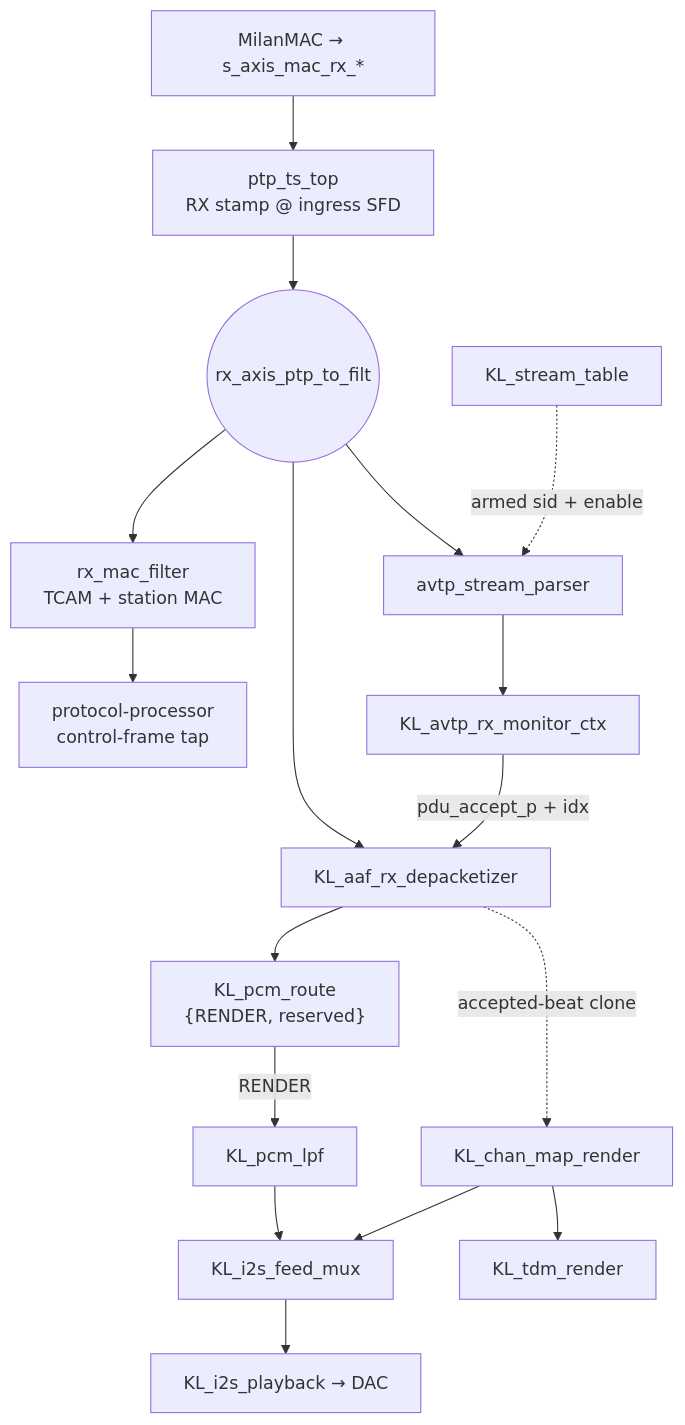
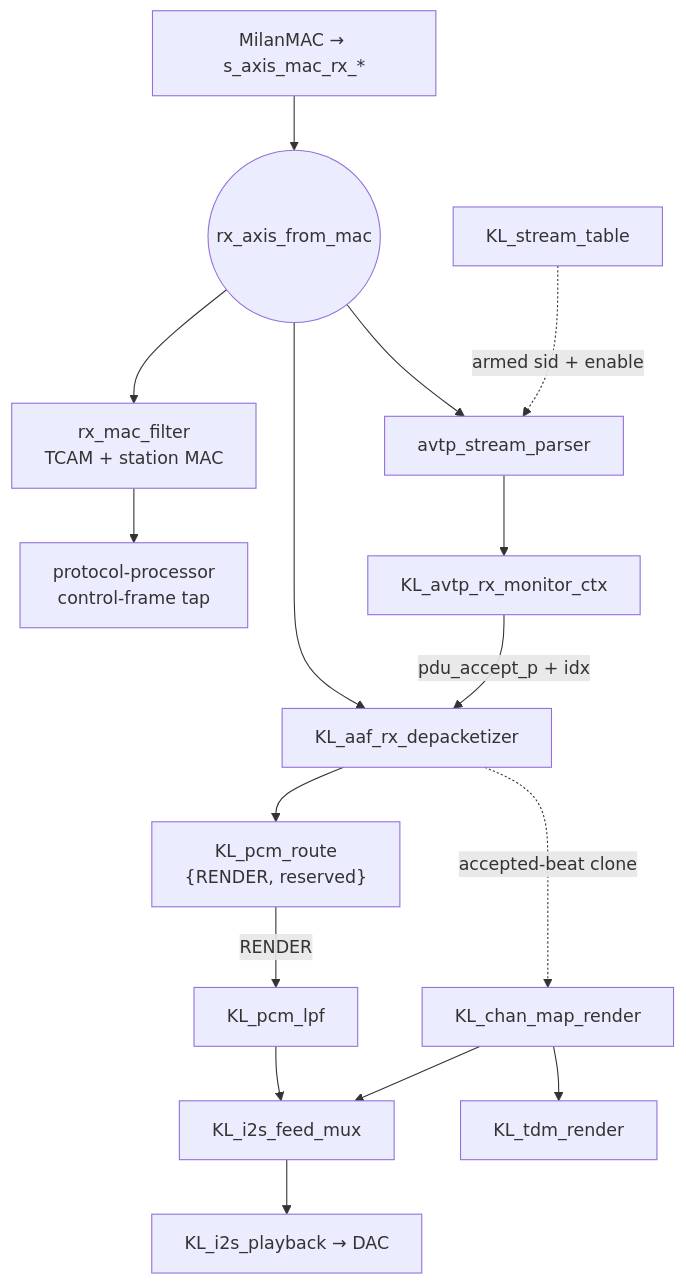
Before and after one commit to kebag-logic/milan-fpga: the second of 2 diagrams in docs/fpga/DATAPLANE_WALKTHROUGH.md, drawn with Mermaid. The commit also changed other lines of this file and 47 other files, not shown here.

````diff
--- a/docs/fpga/DATAPLANE_WALKTHROUGH.md
+++ b/docs/fpga/DATAPLANE_WALKTHROUGH.md
@@ -144,19 +139,18 @@
 ```mermaid
 flowchart TB
-    MAC["MilanMAC → s_axis_mac_rx_*"] --> PTP["ptp_ts_top<br/>RX stamp @ ingress SFD"]
-    PTP --> TEE(("rx_axis_ptp_to_filt"))
+    MAC["MilanMAC → s_axis_mac_rx_*"] --> TEE(("rx_axis_from_mac"))
     TEE --> FILT["rx_mac_filter<br/>TCAM + station MAC"]
     FILT --> CTRL["protocol-processor<br/>control-frame tap"]
     TEE --> PARSE["avtp_stream_parser"]
     TBL["KL_stream_table"] -.->|"armed sid + enable"| PARSE
     PARSE --> MON["KL_avtp_rx_monitor_ctx"]
     TEE --> DEPKT["KL_aaf_rx_depacketizer"]
     MON -->|"pdu_accept_p + idx"| DEPKT
     DEPKT --> ROUTE["KL_pcm_route<br/>{RENDER, reserved}"]
     ROUTE -->|RENDER| LPF["KL_pcm_lpf"]
     LPF --> FMUX["KL_i2s_feed_mux"]
     FMUX --> I2S["KL_i2s_playback → DAC"]
     DEPKT -.->|"accepted-beat clone"| RMAP["KL_chan_map_render"]
     RMAP --> FMUX
     RMAP --> TDM["KL_tdm_render"]
 ```
````
